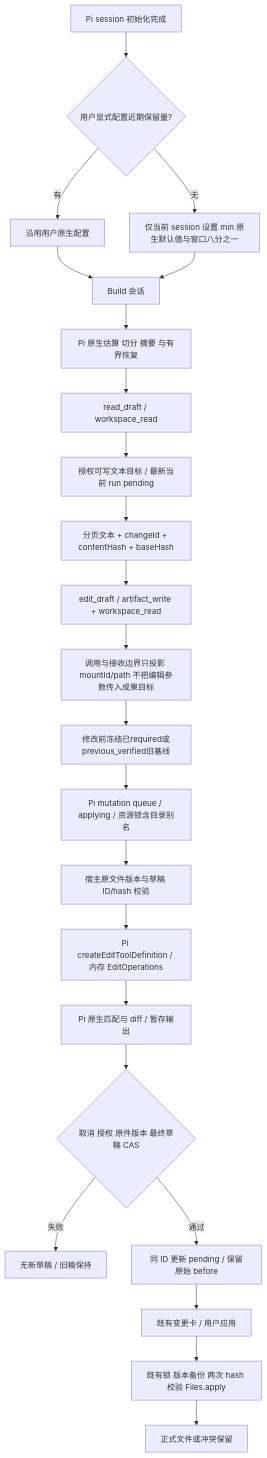
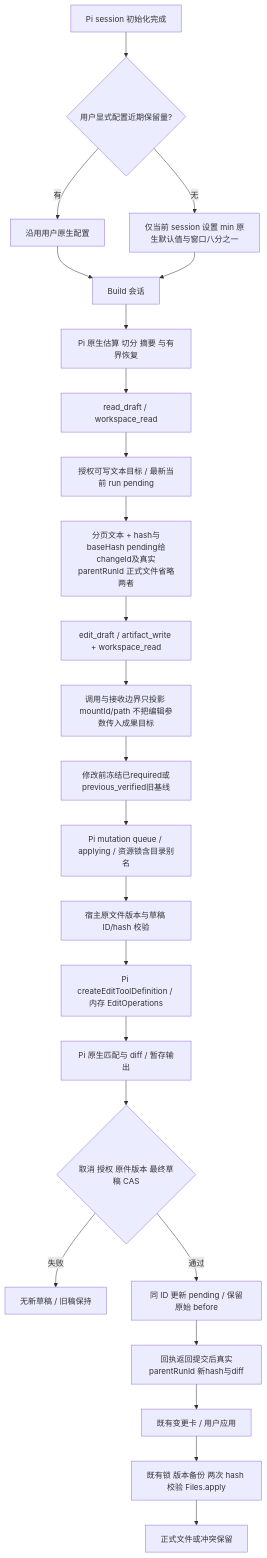
Before and after one commit to yuemokm/SLASH: the diagram in docs/draft-edit.mmd, drawn with Mermaid. The commit also changed 933 other files, not shown here.

```diff
--- a/docs/draft-edit.mmd
+++ b/docs/draft-edit.mmd
@@ -1,23 +1,24 @@
 flowchart TD
   S[Pi session 初始化完成] --> T{用户显式配置近期保留量?}
   T -->|有| U[沿用用户原生配置]
   T -->|无| V[仅当前 session 设置 min 原生默认值与窗口八分之一]
   U --> A[Build 会话]
   V --> A
   A --> P[Pi 原生估算 切分 摘要 与有界恢复]
   P --> B[read_draft / workspace_read]
   B --> C[授权可写文本目标 / 最新当前 run pending]
-  C --> D[分页文本 + changeId + contentHash + baseHash]
+  C --> D[分页文本 + hash与baseHash pending给changeId及真实parentRunId 正式文件省略两者]
   D --> E[edit_draft / artifact_write + workspace_read]
   E --> Q[调用与接收边界只投影 mountId/path 不把编辑参数传入成果目标]
   Q --> R[修改前冻结已required或previous_verified旧基线]
   R --> F[Pi mutation queue / applying / 资源锁含目录别名]
   F --> G[宿主原文件版本与草稿 ID/hash 校验]
   G --> H[Pi createEditToolDefinition / 内存 EditOperations]
   H --> I[Pi 原生匹配与 diff / 暂存输出]
   I --> J{取消 授权 原件版本 最终草稿 CAS}
   J -->|失败| K[无新草稿 / 旧稿保持]
   J -->|通过| L[同 ID 更新 pending / 保留原始 before]
-  L --> M[既有变更卡 / 用户应用]
+  L --> W[回执返回提交后真实parentRunId 新hash与diff]
+  W --> M[既有变更卡 / 用户应用]
   M --> N[既有锁 版本备份 两次 hash 校验 Files.apply]
   N --> O[正式文件或冲突保留]
```
